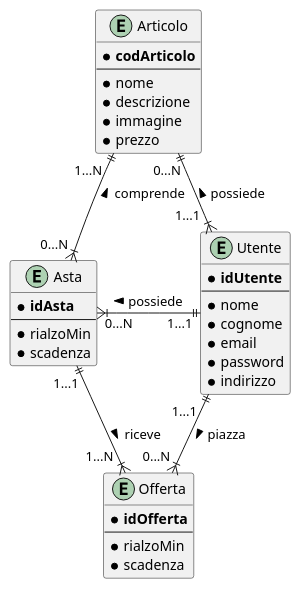
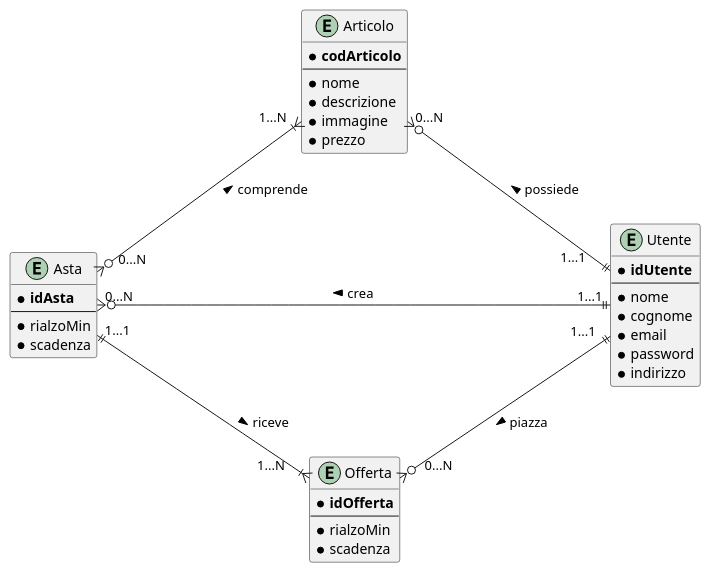
One commit to francescospangaro/tecnologie-web changed the diagram in docs/EntityRelation.puml. Above: the diagram before and after it, drawn with PlantUML. The commit also changed 4 other files, not shown here.

```diff
--- a/docs/EntityRelation.puml
+++ b/docs/EntityRelation.puml
@@ -1,43 +1,46 @@
 @startuml
 ' https://plantuml.com/ie-diagram
+skinparam linetype polyline
+skinparam nodesep 300
+skinparam ranksep 1
 
 entity Articolo {
   * **codArticolo**
   --
   * nome
   * descrizione
   * immagine
   * prezzo
 }
 
 entity Utente {
     * **idUtente**
     --
     * nome
     * cognome
     * email
     * password
     * indirizzo
 }
 
 entity Offerta {
     * **idOfferta**
     --
     * rialzoMin
     * scadenza
 }
 
 entity Asta {
     * **idAsta**
     --
     * rialzoMin
     * scadenza
 }
 
-Articolo "0...N" ||-d-|{ "1...1  " Utente : possiede <
-Articolo "1...N  " ||-d-|{ "0...N " Asta : comprende <
-Utente "1...1" ||-l-|{ "0...N" Asta : possiede >
-Utente "1...1  " ||-d-|{ "0...N " Offerta : piazza >
-Asta "1...1" ||-d-|{ "1...N  " Offerta : riceve >
+Articolo "0...N" }o-d-|| "1...1     " Utente : possiede <
+Articolo "1...N  " }|--d--o{ "    0...N" Asta : comprende <
+Utente "1...1" ||-l-o{ "0...N" Asta : crea >
+Utente "1...1  " ||-d-o{ "     0...N" Offerta : piazza >
+Asta "1...1" ||--d--|{ "1...N     " Offerta : riceve >
 
 @enduml
```
